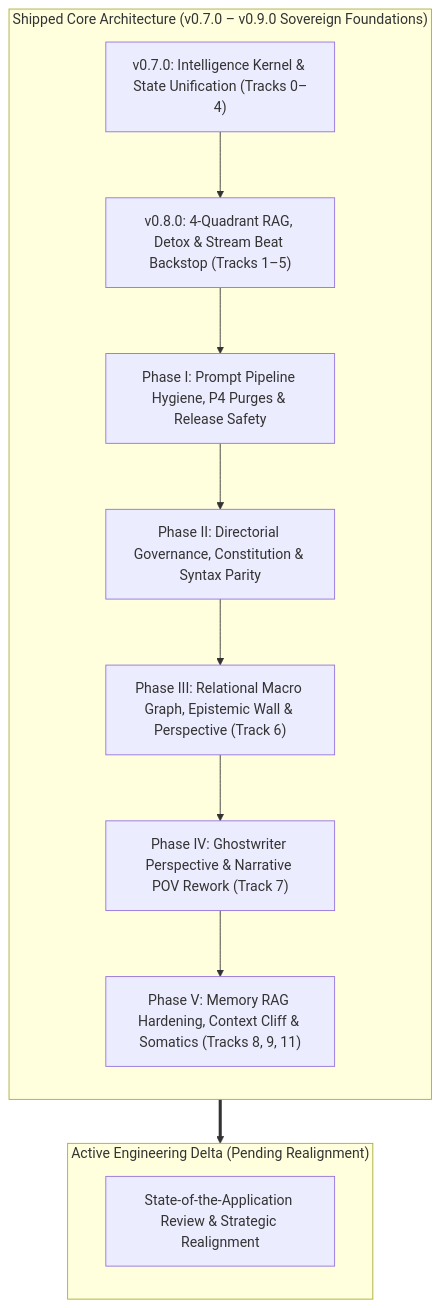
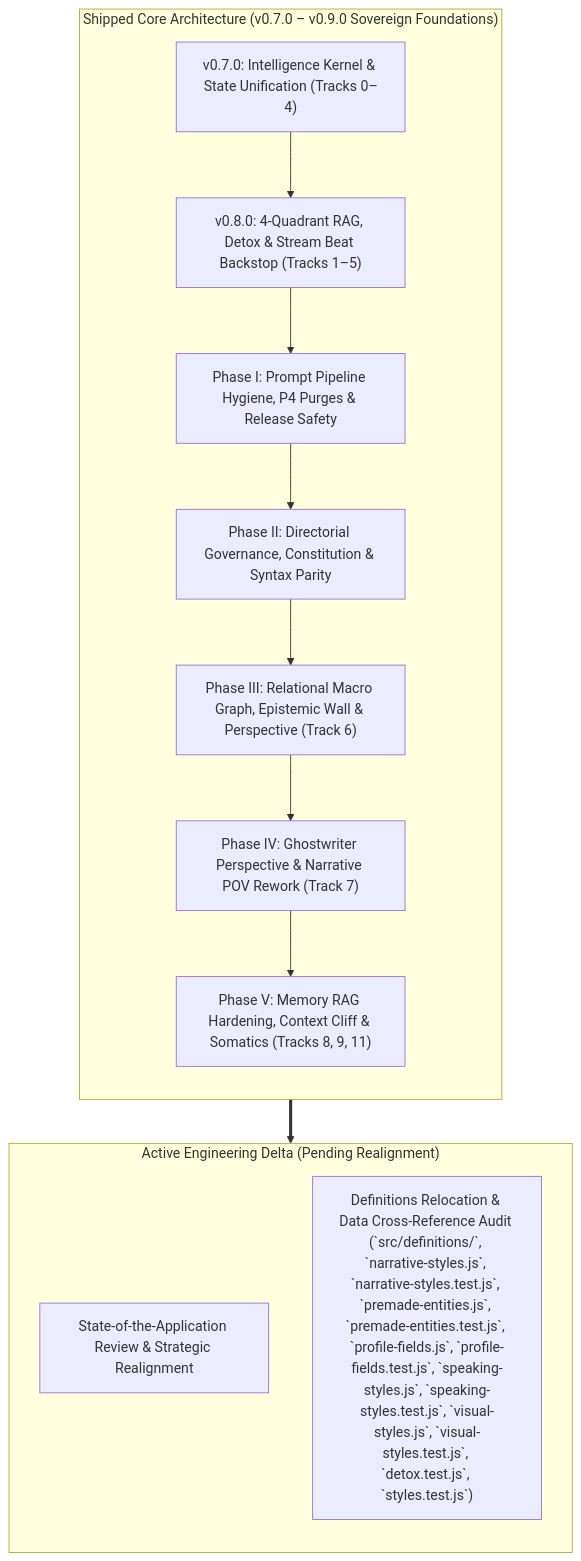
The diagram in ROADMAP.md (JooduG/RPGlitch), drawn with Mermaid before and after one commit. The commit also changed 17 other files, not shown here.

Commit message:
chore: relocate definitions to src/definitions holding location

````diff
--- a/ROADMAP.md
+++ b/ROADMAP.md
@@ -22,21 +22,22 @@
 ```mermaid
 flowchart TD
     subgraph ShippedCore ["Shipped Core Architecture (v0.7.0 – v0.9.0 Sovereign Foundations)"]
         direction TB
         S1["v0.7.0: Intelligence Kernel & State Unification (Tracks 0–4)"]
         S2["v0.8.0: 4-Quadrant RAG, Detox & Stream Beat Backstop (Tracks 1–5)"]
         S3["Phase I: Prompt Pipeline Hygiene, P4 Purges & Release Safety"]
         S4["Phase II: Directorial Governance, Constitution & Syntax Parity"]
         S5["Phase III: Relational Macro Graph, Epistemic Wall & Perspective (Track 6)"]
         S6["Phase IV: Ghostwriter Perspective & Narrative POV Rework (Track 7)"]
         S7["Phase V: Memory RAG Hardening, Context Cliff & Somatics (Tracks 8, 9, 11)"]
         S1 --> S2 --> S3 --> S4 --> S5 --> S6 --> S7
     end
 
     subgraph ActiveBacklog ["Active Engineering Delta (Pending Realignment)"]
         direction TB
         R1["State-of-the-Application Review & Strategic Realignment"]
+        R2["Definitions Relocation & Data Cross-Reference Audit (`src/definitions/`, `narrative-styles.js`, `narrative-styles.test.js`, `premade-entities.js`, `premade-entities.test.js`, `profile-fields.js`, `profile-fields.test.js`, `speaking-styles.js`, `speaking-styles.test.js`, `visual-styles.js`, `visual-styles.test.js`, `detox.test.js`, `styles.test.js`)"]
     end
 
     ShippedCore ==> ActiveBacklog
 ```
````
